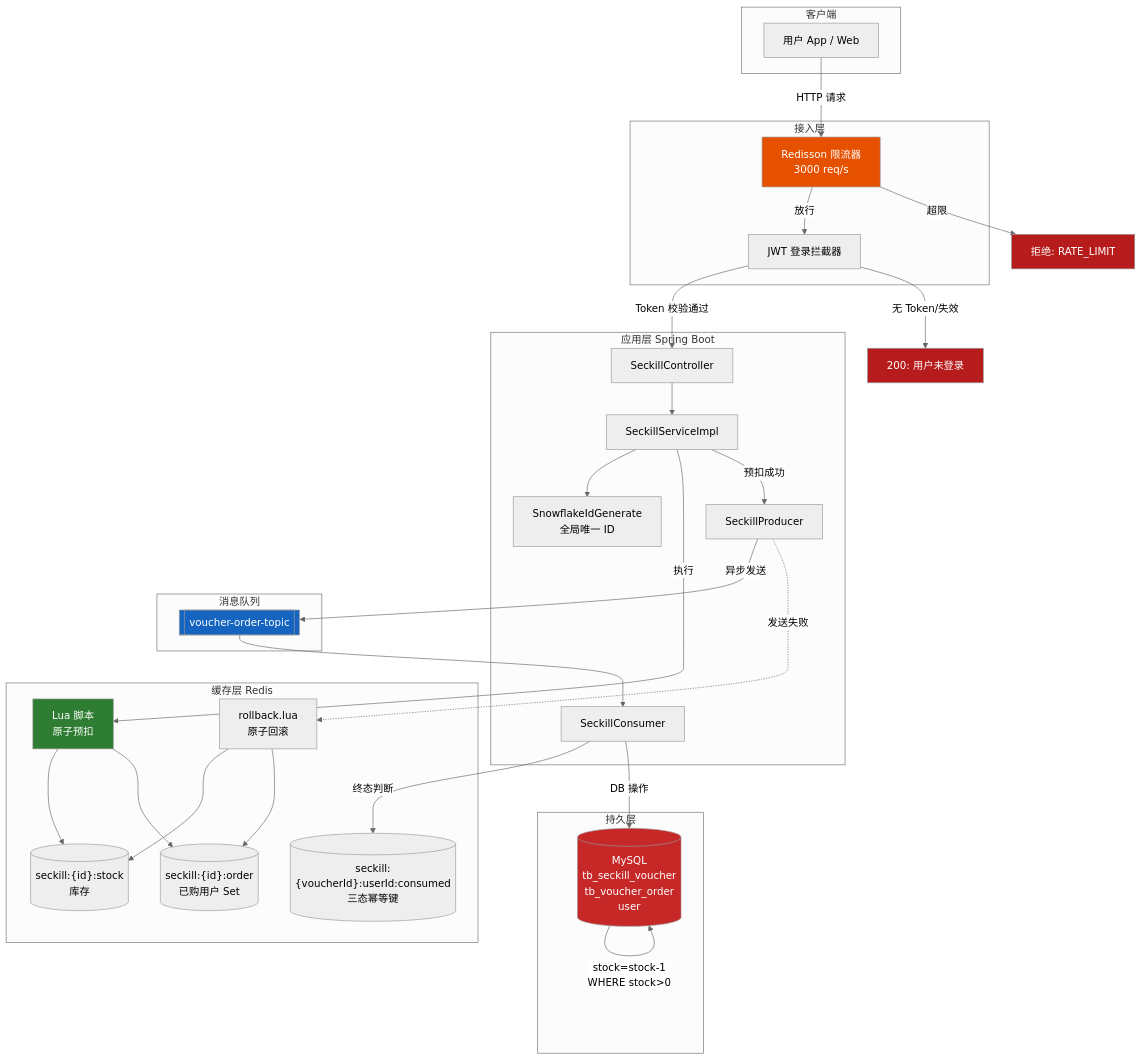
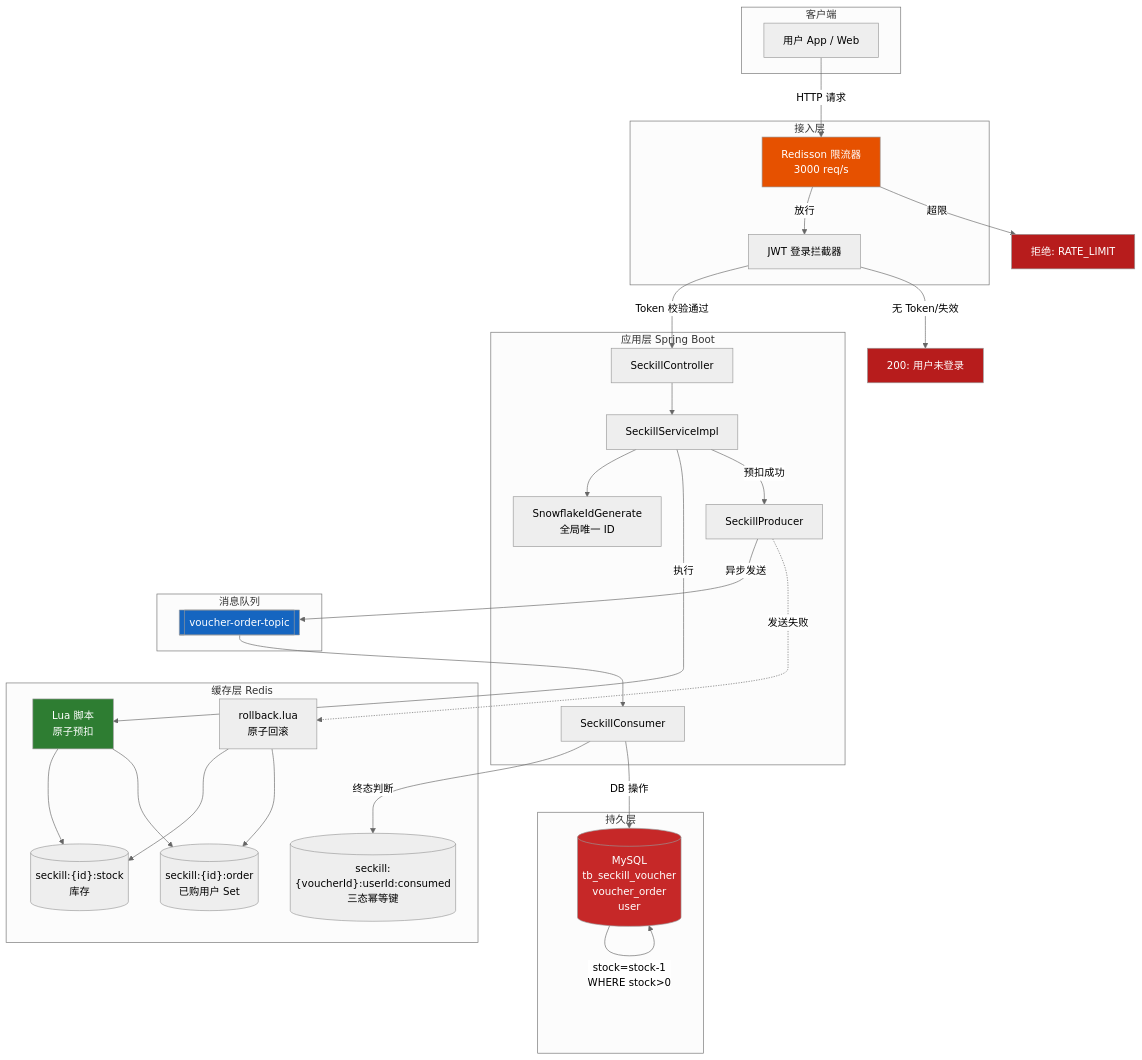
The first of 3 diagrams in README.md (Shardkiht/FlashDeal), drawn with Mermaid (neutral theme) before and after one commit. The commit also changed other lines of this file and 74 other files, not shown here.

````diff
--- a/README.md
+++ b/README.md
@@ -107,64 +107,64 @@
 ```mermaid
 flowchart TB
     subgraph Client["客户端"]
         U["用户 App / Web"]
     end
 
     subgraph Gateway["接入层"]
         RL["Redisson 限流器<br/>3000 req/s"]
         LI["JWT 登录拦截器"]
     end
 
     subgraph App["应用层 Spring Boot"]
         CTRL["SeckillController"]
         SVC["SeckillServiceImpl"]
         IDG["SnowflakeIdGenerate<br/>全局唯一 ID"]
         PROD["SeckillProducer"]
         CONS["SeckillConsumer"]
     end
 
     subgraph Cache["缓存层 Redis"]
         STOCK[("seckill:{id}:stock<br/>库存")]
         ORDER[("seckill:{id}:order<br/>已购用户 Set")]
         IDEM[("seckill:{voucherId}:userId:consumed<br/>三态幂等键")]
 
         LUA["Lua 脚本<br/>原子预扣"]
         RBLUA["rollback.lua<br/>原子回滚"]
     end
 
     subgraph MQ["消息队列"]
         TOPIC[["voucher-order-topic"]]
     end
 
     subgraph DB["持久层"]
-        MYSQL[("MySQL<br/>tb_seckill_voucher<br/>tb_voucher_order<br/>user")]
+        MYSQL[("MySQL<br/>tb_seckill_voucher<br/>voucher_order<br/>user")]
     end
 
     U -->|HTTP 请求| RL
     RL -->|放行| LI
     RL -->|超限| REJ["拒绝: RATE_LIMIT"]
     LI -->|Token 校验通过| CTRL
     LI -->|无 Token/失效| UNAUTH["200: 用户未登录"]
     CTRL --> SVC
     SVC --> IDG
 
     SVC -->|执行| LUA
     LUA --> STOCK
     LUA --> ORDER
     SVC -->|预扣成功| PROD
     PROD -->|异步发送| TOPIC
     PROD -.->|发送失败| RBLUA
     RBLUA --> STOCK
     RBLUA --> ORDER
     TOPIC --> CONS
     CONS -->|终态判断| IDEM
     CONS -->|DB 操作| MYSQL
     MYSQL -->|stock=stock-1<br/>WHERE stock>0| MYSQL
 
     style RL fill:#e65100,color:#fff
     style LUA fill:#2e7d32,color:#fff
     style TOPIC fill:#1565c0,color:#fff
     style MYSQL fill:#c62828,color:#fff
     style REJ fill:#b71c1c,color:#fff
     style UNAUTH fill:#b71c1c,color:#fff
 ```
````
